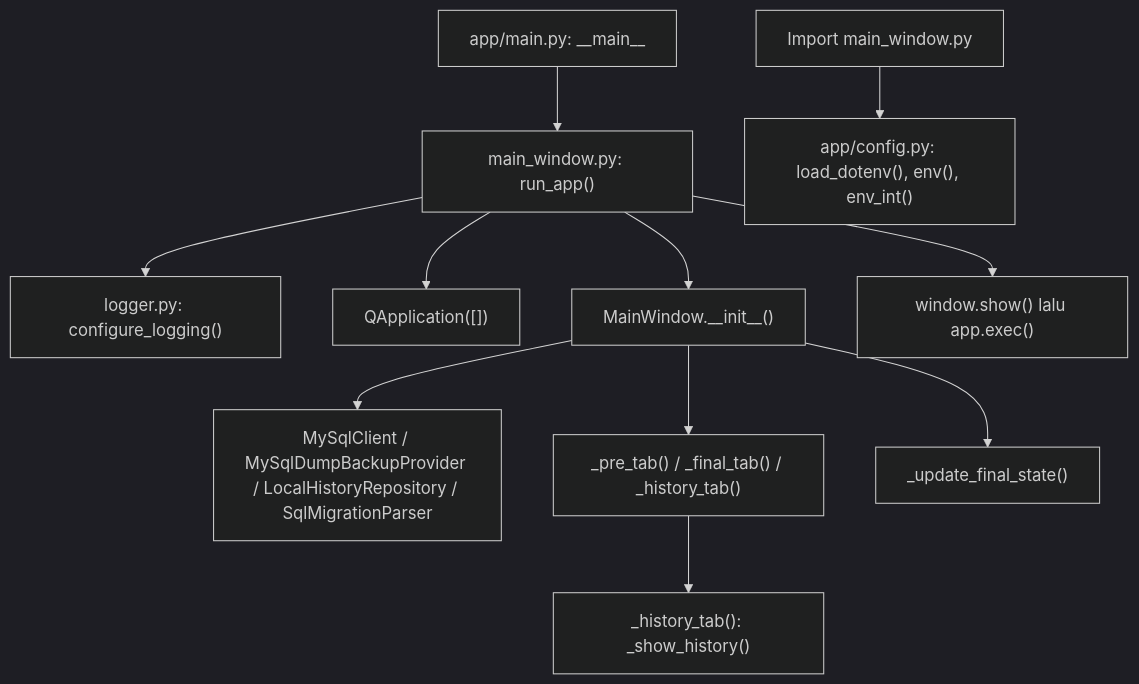
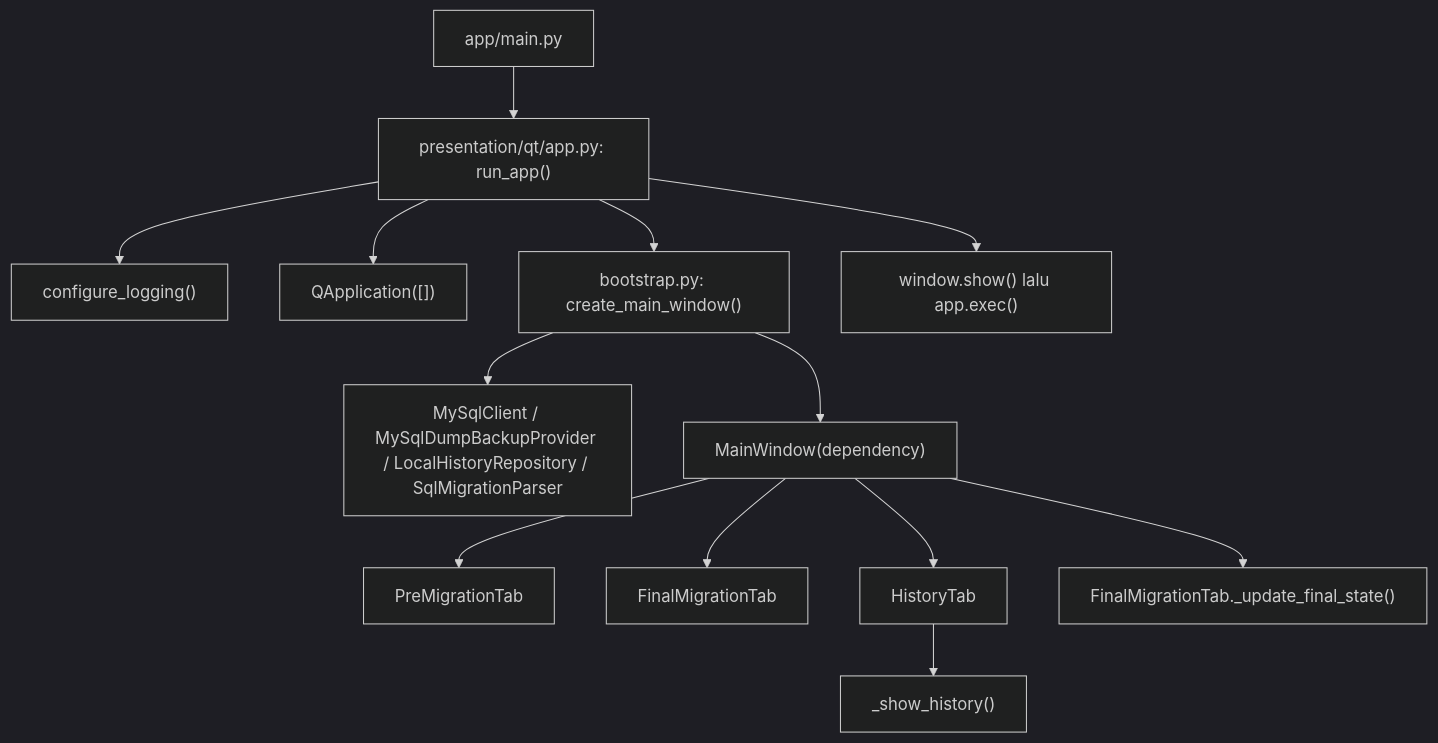
Before and after one commit to ThoriqFathu/khanza-migrator: the first of 3 diagrams in docs/ARCHITECTURE.md, drawn with Mermaid (dark theme). The commit also changed other lines of this file and 11 other files, not shown here.

Commit message:
feat: add resumable pre-migration sessions

````diff
--- a/docs/ARCHITECTURE.md
+++ b/docs/ARCHITECTURE.md
@@ -53,13 +54,15 @@
 ```mermaid
 flowchart TD
-    A["app/main.py: __main__"] --> B["main_window.py: run_app()"]
-    I["Import main_window.py"] --> C["app/config.py: load_dotenv(), env(), env_int()"]
-    B --> L["logger.py: configure_logging()"]
-    B --> Q["QApplication([])"]
-    B --> M["MainWindow.__init__()"]
-    M --> D["MySqlClient / MySqlDumpBackupProvider / LocalHistoryRepository / SqlMigrationParser"]
-    M --> T["_pre_tab() / _final_tab() / _history_tab()"]
-    T --> H["_history_tab(): _show_history()"]
-    M --> S["_update_final_state()"]
-    B --> E["window.show() lalu app.exec()"]
+    Entry["app/main.py"] --> Qt["presentation/qt/app.py: run_app()"]
+    Qt --> Log["configure_logging()"]
+    Qt --> App["QApplication([])"]
+    Qt --> Boot["bootstrap.py: create_main_window()"]
+    Boot --> Deps["MySqlClient / MySqlDumpBackupProvider / LocalHistoryRepository / SqlMigrationParser"]
+    Boot --> Window["MainWindow(dependency)"]
+    Window --> Pre["PreMigrationTab"]
+    Window --> Final["FinalMigrationTab"]
+    Window --> History["HistoryTab"]
+    History --> Load["_show_history()"]
+    Window --> State["FinalMigrationTab._update_final_state()"]
+    Qt --> Loop["window.show() lalu app.exec()"]
 ```
````
